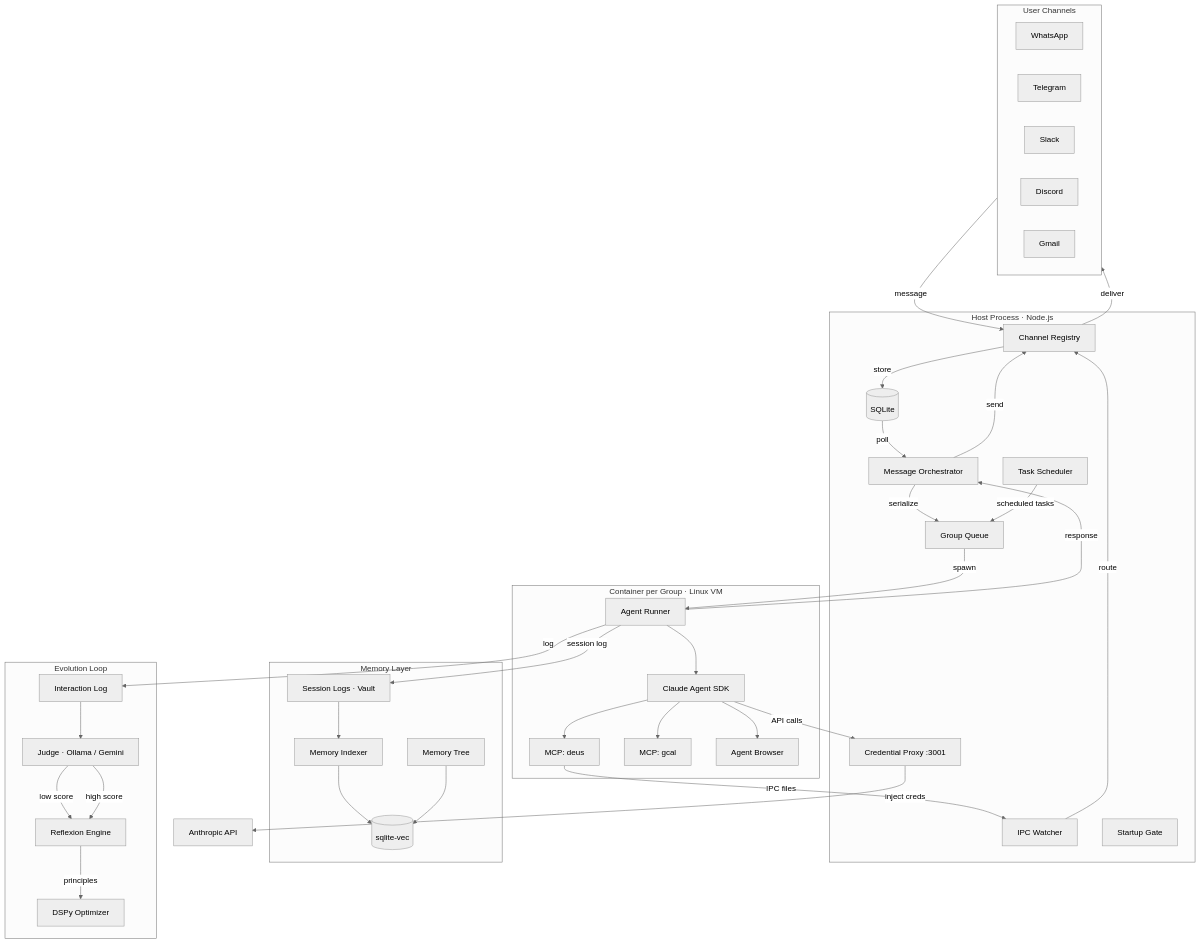
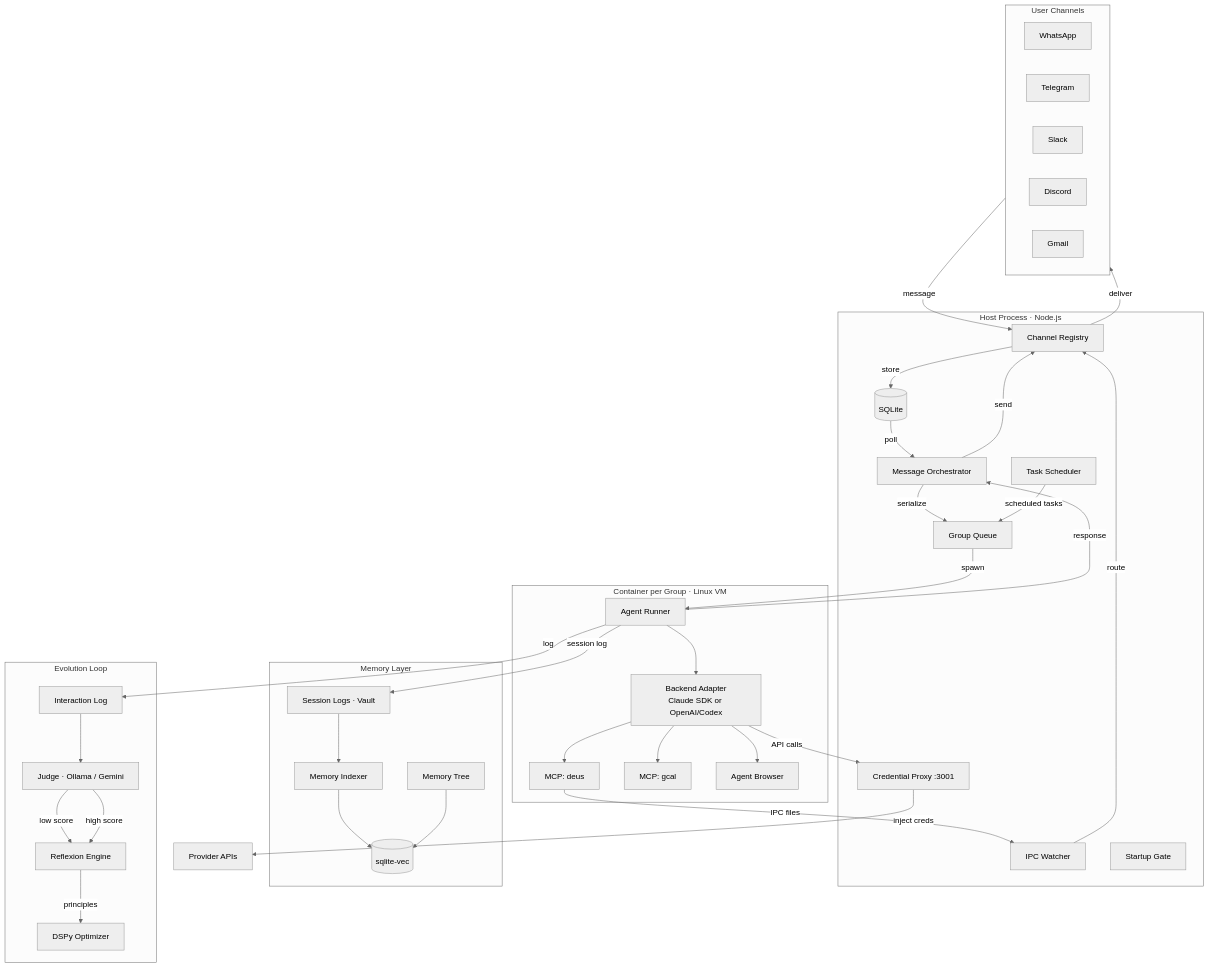
The first of 8 diagrams in docs/ARCHITECTURE.md (sliamh11/nanoclaw), drawn with Mermaid (neutral theme) before and after one commit. The commit also changed other lines of this file and 66 other files, not shown here.

First line of the commit message:
feat: backend-neutral agent runtime with registry and multi-backend docs (#246)

````diff
--- a/docs/ARCHITECTURE.md
+++ b/docs/ARCHITECTURE.md
@@ -9,70 +9,70 @@
 ```mermaid
 graph TB
     subgraph Users["User Channels"]
         WA[WhatsApp]
         TG[Telegram]
         SL[Slack]
         DC[Discord]
         GM[Gmail]
     end
 
     subgraph Host["Host Process · Node.js"]
         CR[Channel Registry]
         DB[(SQLite)]
         MO[Message Orchestrator]
         GQ[Group Queue]
         CP[Credential Proxy :3001]
         TS[Task Scheduler]
         IPC[IPC Watcher]
         SG[Startup Gate]
     end
 
     subgraph Containers["Container per Group · Linux VM"]
         AR[Agent Runner]
-        SDK[Claude Agent SDK]
+        RT[Backend Adapter<br/>Claude SDK or OpenAI/Codex]
         MCP_D[MCP: deus]
         MCP_G[MCP: gcal]
         BR[Agent Browser]
     end
 
     subgraph Memory["Memory Layer"]
         MI[Memory Indexer]
         MT[Memory Tree]
         VEC[(sqlite-vec)]
         VAULT[Session Logs · Vault]
     end
 
     subgraph Evolution["Evolution Loop"]
         JUDGE[Judge · Ollama / Gemini]
         REFL[Reflexion Engine]
         DSPY[DSPy Optimizer]
         ILOG[Interaction Log]
     end
 
     Users -->|message| CR
     CR -->|store| DB
     DB -->|poll| MO
     MO -->|serialize| GQ
     GQ -->|spawn| AR
-    AR --> SDK
-    SDK -->|API calls| CP
-    CP -->|inject creds| API[Anthropic API]
-    SDK --> MCP_D
-    SDK --> MCP_G
-    SDK --> BR
+    AR --> RT
+    RT -->|API calls| CP
+    CP -->|inject creds| API[Provider APIs]
+    RT --> MCP_D
+    RT --> MCP_G
+    RT --> BR
     MCP_D -->|IPC files| IPC
     IPC -->|route| CR
     TS -->|scheduled tasks| GQ
     AR -->|response| MO
     MO -->|send| CR
     CR -->|deliver| Users
     AR -->|log| ILOG
     ILOG --> JUDGE
     JUDGE -->|low score| REFL
     JUDGE -->|high score| REFL
     REFL -->|principles| DSPY
     AR -->|session log| VAULT
     VAULT --> MI
     MI --> VEC
     MT --> VEC
 ```
````
